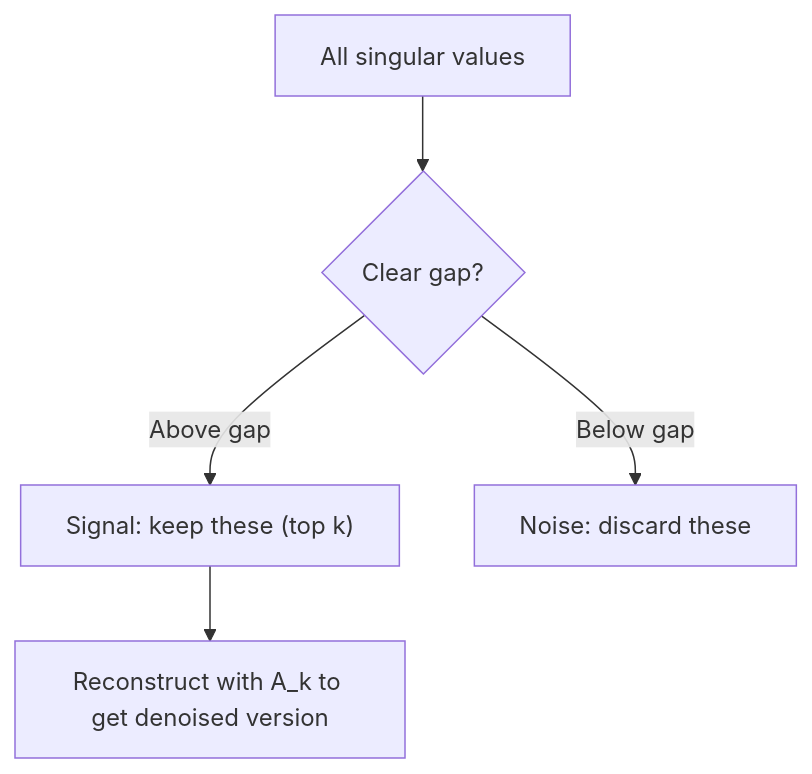
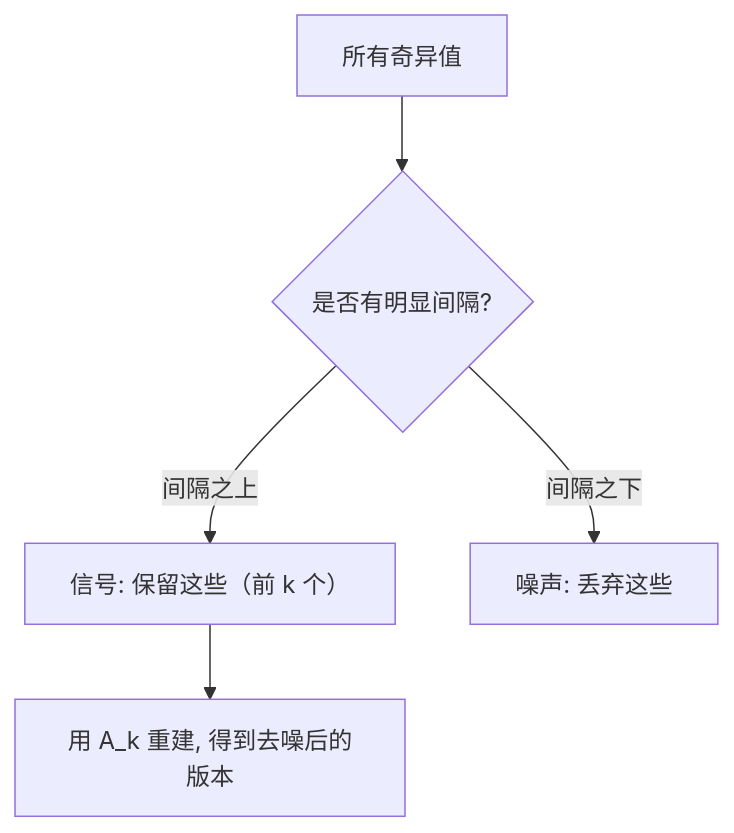
Before and after one commit to JerryC8080/ai-engineering-from-scratch-zh: the second of 2 diagrams in phases/01-math-foundations/11-singular-value-decomposition/docs/zh.md, drawn with Mermaid. The commit also changed other lines of this file and 156 other files, not shown here.

First line of the commit message:
i18n(zh): translate mermaid diagram labels in 157 lesson zh.md

````diff
--- a/phases/01-math-foundations/11-singular-value-decomposition/docs/zh.md
+++ b/phases/01-math-foundations/11-singular-value-decomposition/docs/zh.md
@@ -276,7 +276,7 @@
 ```mermaid
 graph TD
-    A["All singular values"] --> B{"Clear gap?"}
-    B -->|"Above gap"| C["Signal: keep these (top k)"]
-    B -->|"Below gap"| D["Noise: discard these"]
-    C --> E["Reconstruct with A_k to get denoised version"]
+    A["所有奇异值"] --> B{"是否有明显间隔?"}
+    B -->|"间隔之上"| C["信号: 保留这些（前 k 个）"]
+    B -->|"间隔之下"| D["噪声: 丢弃这些"]
+    C --> E["用 A_k 重建, 得到去噪后的版本"]
 ```
````
